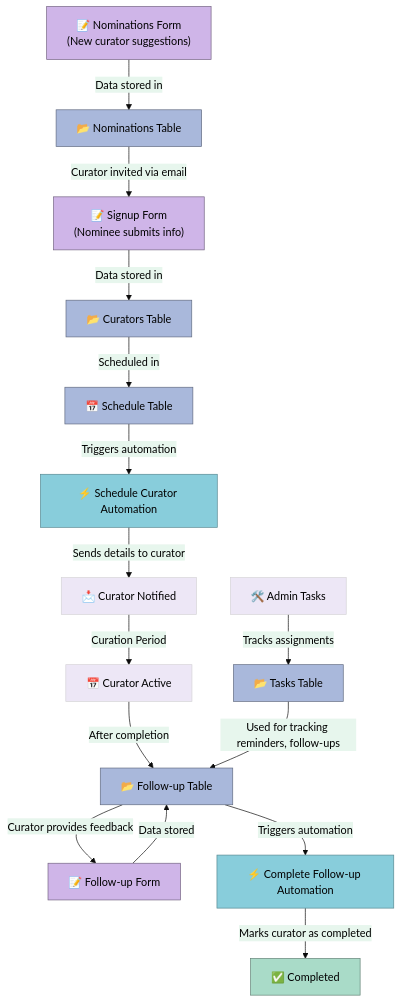
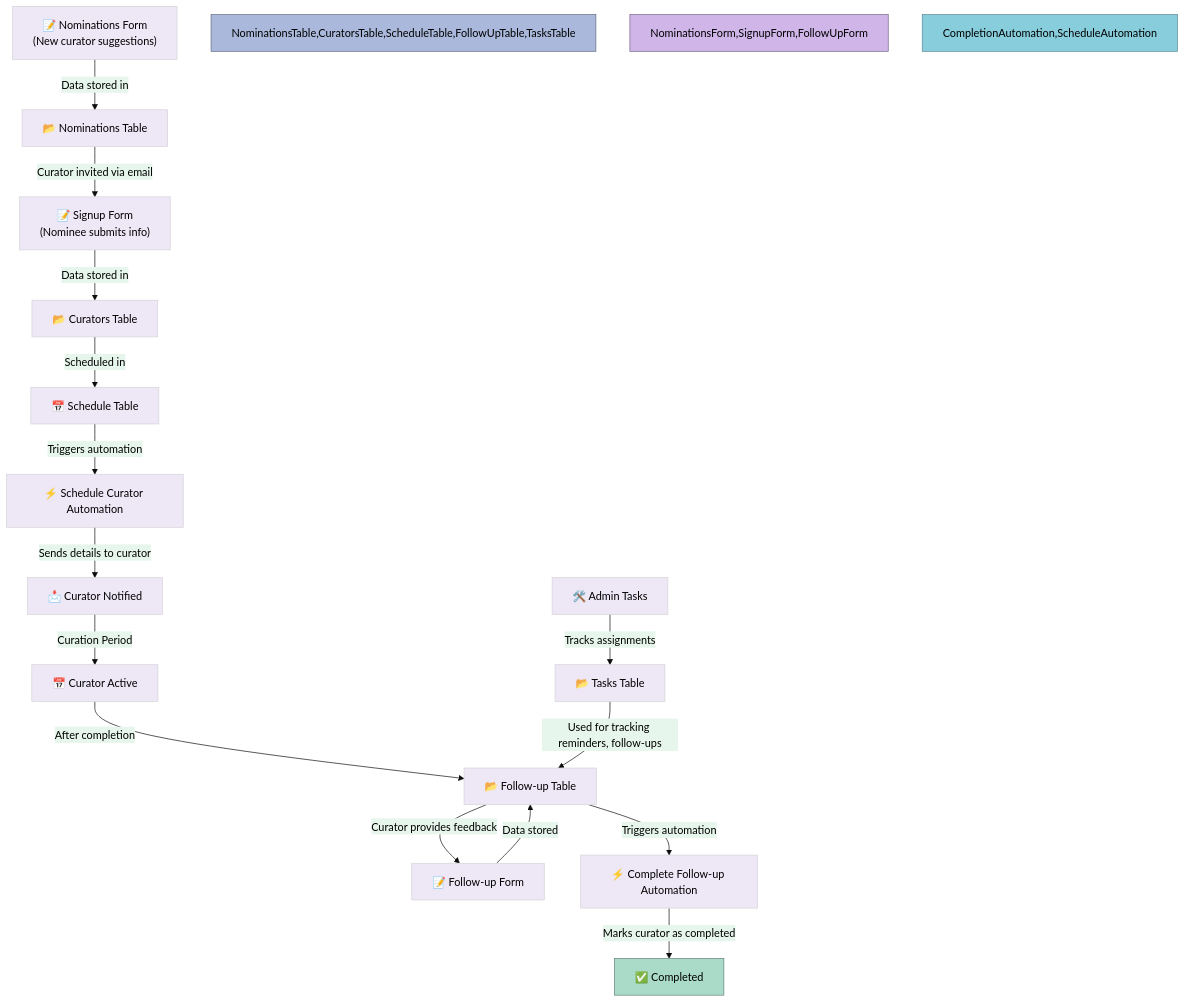
The first of 2 diagrams in content/rocur/admin guide/index.en.md (rladies/rladiesguide), drawn with Mermaid before and after one commit.

Commit message:
try mermaid again

```diff
--- a/content/rocur/admin guide/index.en.md
+++ b/content/rocur/admin guide/index.en.md
@@ -438,40 +438,30 @@
 {{<mermaid align="left">}}
 
 %%{init: {'theme': 'base','themeVariables': {'primaryColor': '#EDE7F6','tertiaryColor': '#F3E5F5','primaryTextColor': '#000000'}}}%%
 
 graph TD;
   NominationsForm["📝 Nominations Form\n(New curator suggestions)"] -->|Data stored in| NominationsTable["📂 Nominations Table"];
   NominationsTable -->|Curator invited via email| SignupForm["📝 Signup Form\n(Nominee submits info)"];
   SignupForm -->|Data stored in| CuratorsTable["📂 Curators Table"];
   
   CuratorsTable -->|Scheduled in| ScheduleTable["📅 Schedule Table"];
   ScheduleTable -->|Triggers automation| ScheduleAutomation["⚡ Schedule Curator Automation"];
   ScheduleAutomation -->|Sends details to curator| CuratorNotified["📩 Curator Notified"];
 
   CuratorNotified -->|Curation Period| CurationWeek["📅 Curator Active"];
   CurationWeek -->|After completion| FollowUpTable["📂 Follow-up Table"];
   FollowUpTable -->|Curator provides feedback| FollowUpForm["📝 Follow-up Form"];
   
   FollowUpForm -->|Data stored| FollowUpTable;
   FollowUpTable -->|Triggers automation| CompletionAutomation["⚡ Complete Follow-up Automation"];
   CompletionAutomation -->|Marks curator as completed| CompletedCurators["✅ Completed"];
   
   AdminTasks["🛠️ Admin Tasks"] -->|Tracks assignments| TasksTable["📂 Tasks Table"];
   TasksTable -->|Used for tracking reminders, follow-ups| FollowUpTable;
 
-style NominationsTable fill:#a9b8db,stroke:#616a80;
-style CuratorsTable fill:#a9b8db,stroke:#616a80;
-style ScheduleTable fill:#a9b8db,stroke:#616a80;
-style FollowUpTable fill:#a9b8db,stroke:#616a80;
-style TasksTable fill:#a9b8db,stroke:#616a80;
-
-style NominationsForm fill:#cfb5e8,stroke:#736382;
-style SignupForm fill:#cfb5e8,stroke:#736382;
-style FollowUpForm fill:#cfb5e8,stroke:#736382;
-
-style CompletionAutomation fill:#88cddb,stroke:#578891;
-style ScheduleAutomation fill:#88cddb,stroke:#578891;
-
+style NominationsTable,CuratorsTable,ScheduleTable,FollowUpTable,TasksTable fill:#a9b8db,stroke:#616a80;
+style NominationsForm,SignupForm,FollowUpForm fill:#cfb5e8,stroke:#736382;
+style CompletionAutomation,ScheduleAutomation fill:#88cddb,stroke:#578891;
 style CompletedCurators fill:#a9dbc8,stroke:#638276;
 
 {{< /mermaid >}}
```
